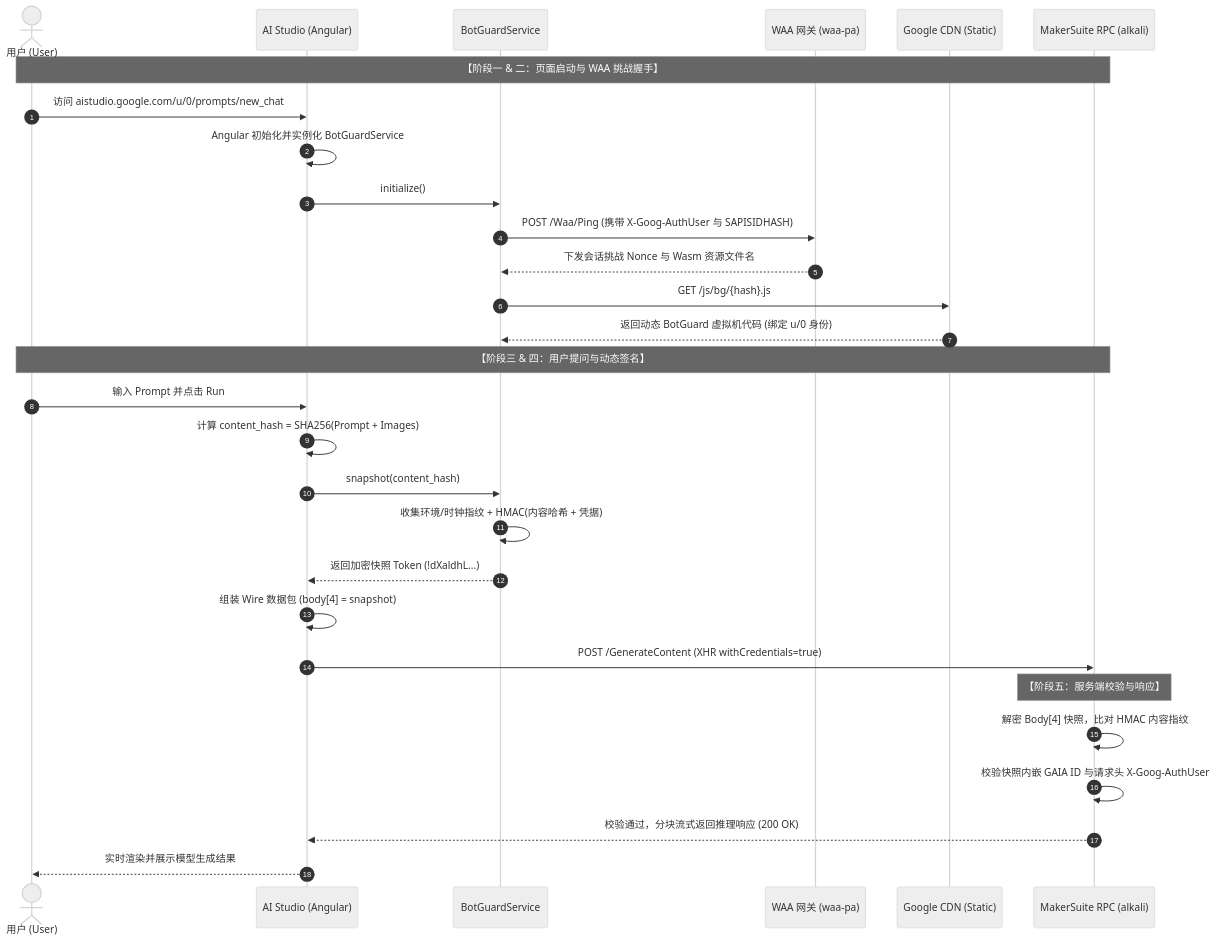
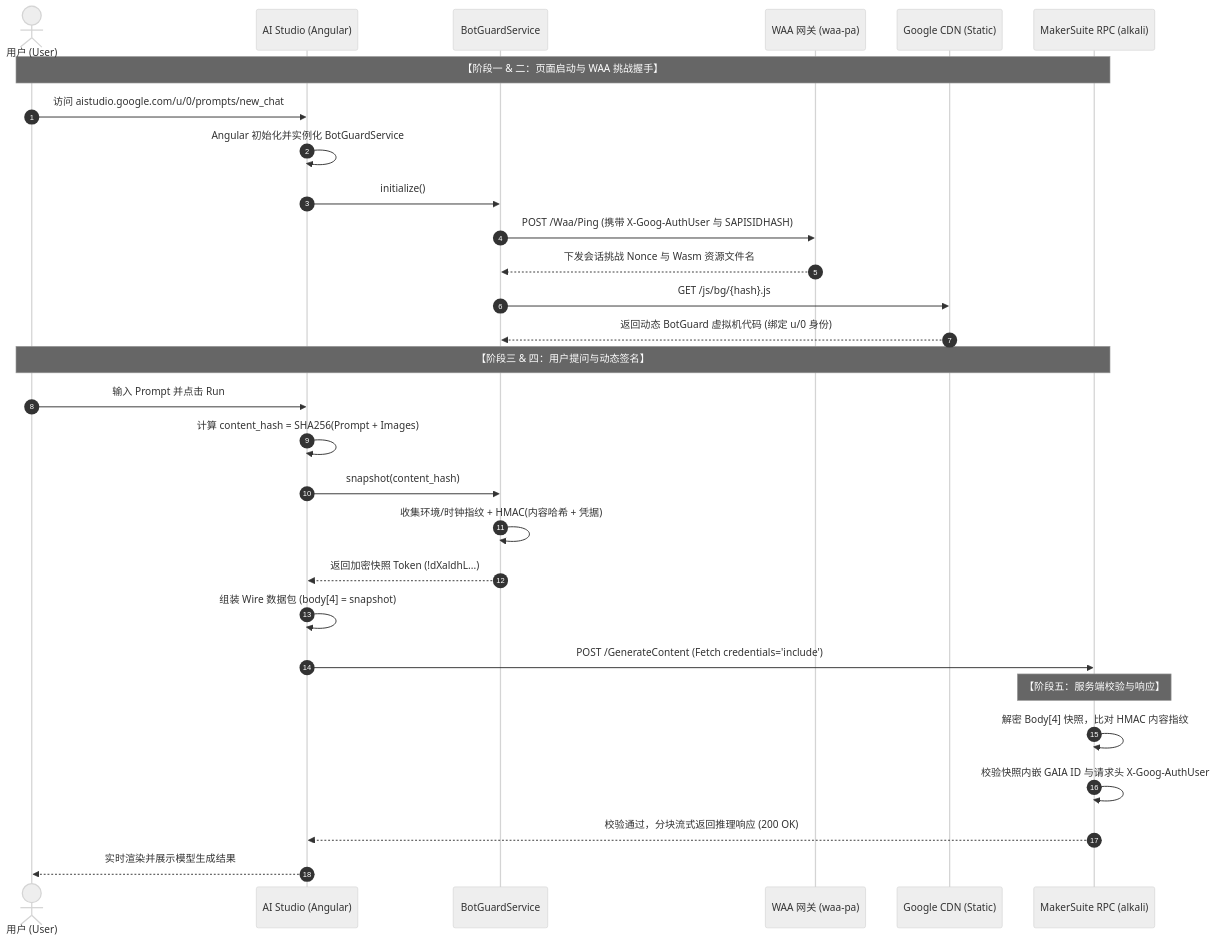
The second of 3 diagrams in docs/BOTGUARD_VERIFICATION_CHAIN.md (DeconstructedCube/aistudio-api), drawn with Mermaid (neutral theme) before and after one commit. The commit also changed other lines of this file and 3 other files, not shown here.

````diff
--- a/docs/BOTGUARD_VERIFICATION_CHAIN.md
+++ b/docs/BOTGUARD_VERIFICATION_CHAIN.md
@@ -47,34 +47,33 @@
 ```mermaid
 sequenceDiagram
     autonumber
     actor User as 用户 (User)
     participant Browser as AI Studio (Angular)
     participant WaaClient as BotGuardService
     participant WaaServer as WAA 网关 (waa-pa)
     participant StaticCDN as Google CDN (Static)
     participant Gateway as MakerSuite RPC (alkali)
 
     Note over User,Gateway: 【阶段一 & 二：页面启动与 WAA 挑战握手】
     User->>Browser: 访问 aistudio.google.com/u/0/prompts/new_chat
     Browser->>Browser: Angular 初始化并实例化 BotGuardService
     Browser->>WaaClient: initialize()
     WaaClient->>WaaServer: POST /Waa/Ping (携带 X-Goog-AuthUser 与 SAPISIDHASH)
     WaaServer-->>WaaClient: 下发会话挑战 Nonce 与 Wasm 资源文件名
     WaaClient->>StaticCDN: GET /js/bg/{hash}.js
     StaticCDN-->>WaaClient: 返回动态 BotGuard 虚拟机代码 (绑定 u/0 身份)
 
     Note over User,Gateway: 【阶段三 & 四：用户提问与动态签名】
     User->>Browser: 输入 Prompt 并点击 Run
     Browser->>Browser: 计算 content_hash = SHA256(Prompt + Images)
     Browser->>WaaClient: snapshot(content_hash)
     WaaClient->>WaaClient: 收集环境/时钟指纹 + HMAC(内容哈希 + 凭据)
     WaaClient-->>Browser: 返回加密快照 Token (!dXaldhL...)
     Browser->>Browser: 组装 Wire 数据包 (body[4] = snapshot)
-    Browser->>Gateway: POST /GenerateContent (XHR withCredentials=true)
-
+    Browser->>Gateway: POST /GenerateContent (Fetch credentials='include')
     Note over Gateway: 【阶段五：服务端校验与响应】
     Gateway->>Gateway: 解密 Body[4] 快照，比对 HMAC 内容指纹
     Gateway->>Gateway: 校验快照内嵌 GAIA ID 与请求头 X-Goog-AuthUser
     Gateway-->>Browser: 校验通过，分块流式返回推理响应 (200 OK)
     Browser-->>User: 实时渲染并展示模型生成结果
 ```
````
